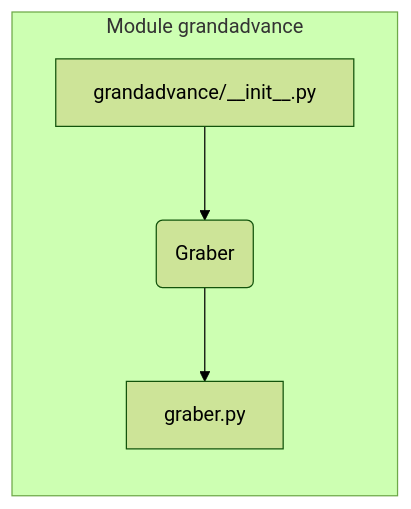
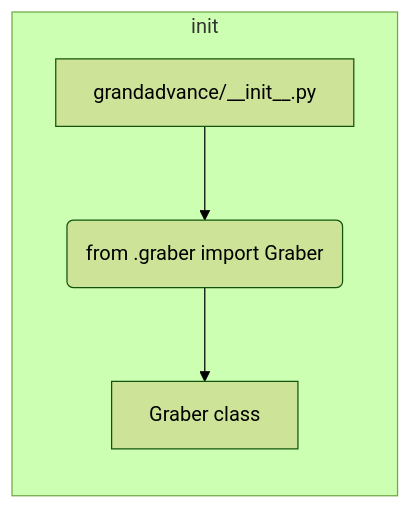
The diagram in docs/gemini/ru/explainer/src/suppliers/grandadvance/__init__.md (hypo69/hypo), drawn with Mermaid (forest theme) before and after one commit. The commit also changed other lines of this file and 468 other files, not shown here.

````diff
--- a/docs/gemini/ru/explainer/src/suppliers/grandadvance/__init__.md
+++ b/docs/gemini/ru/explainer/src/suppliers/grandadvance/__init__.md
@@ -37,8 +36,7 @@
 ```mermaid
 graph LR
-    subgraph Module grandadvance
-        A[grandadvance/__init__.py] --> B(Graber);
-        B --> C[graber.py];
+    subgraph init
+        A[grandadvance/__init__.py] --> B(from .graber import Graber);
+        B --> C[Graber class];
     end
-    
 ```
````
